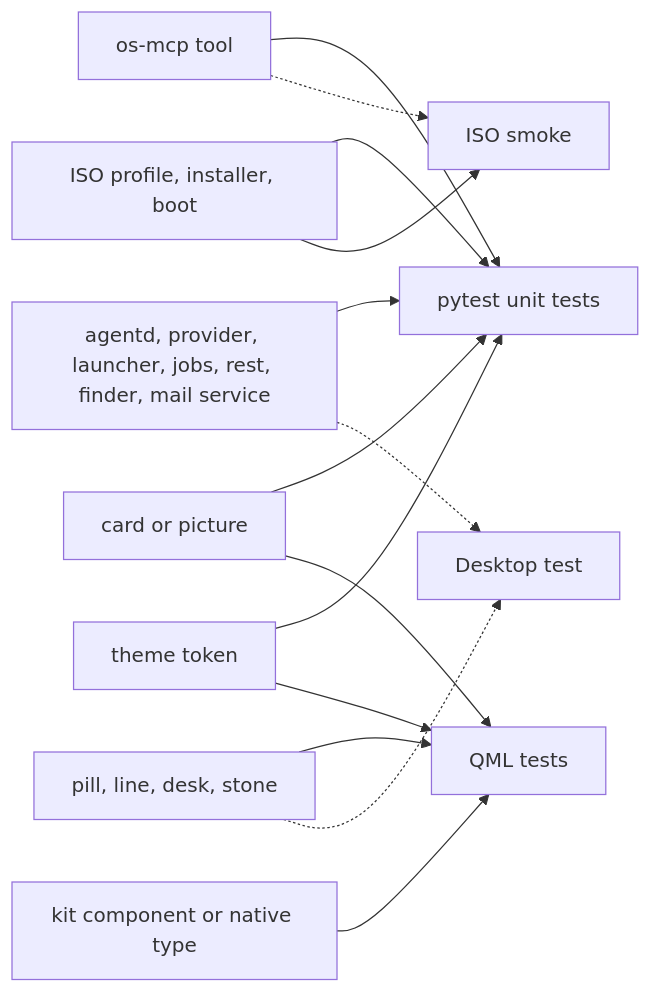
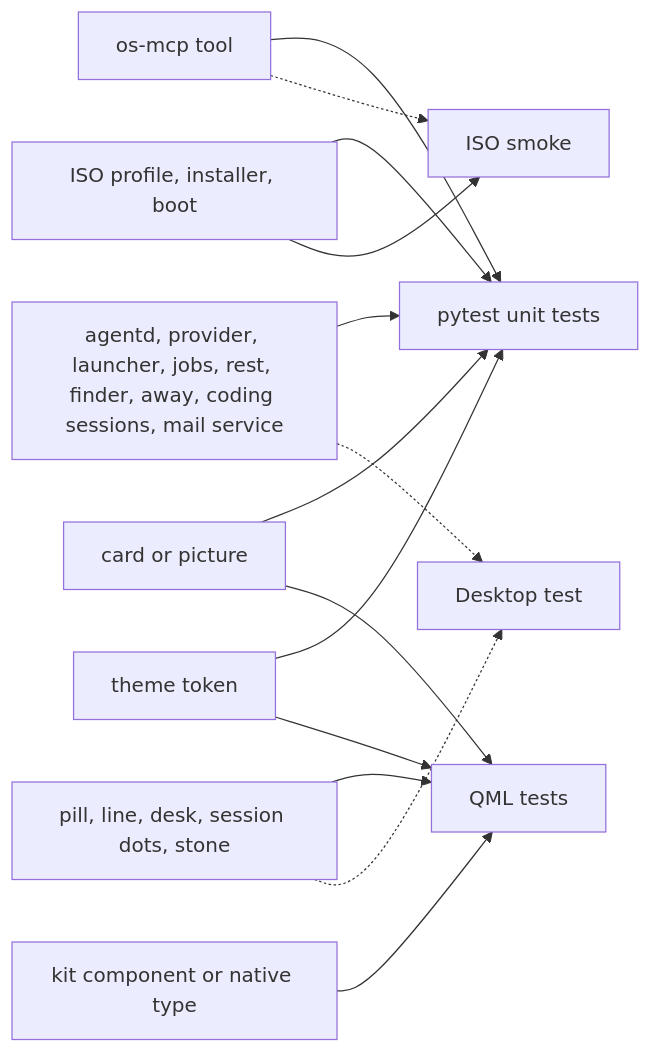
Before and after one commit to thedefaultman/Bombadil: the second of 2 diagrams in docs/contributing/development.md, drawn with Mermaid. The commit also changed other lines of this file and 8 other files, not shown here.

First line of the commit message:
docs: reference, tests and forking pages checked against main with the merged work; line references moved; flat sessions page removed

````diff
--- a/docs/contributing/development.md
+++ b/docs/contributing/development.md
@@ -201,16 +204,16 @@
 ```mermaid
 flowchart LR
-    c1["agentd, provider, launcher, jobs, rest, finder, mail service"] --> U["pytest unit tests"]
+    c1["agentd, provider, launcher, jobs, rest, finder, away, coding sessions, mail service"] --> U["pytest unit tests"]
     c2["os-mcp tool"] --> U
     c3["card or picture"] --> U
     c3 --> Q["QML tests"]
     c4["kit component or native type"] --> Q
-    c5["pill, line, desk, stone"] --> Q
+    c5["pill, line, desk, session dots, stone"] --> Q
     c6["theme token"] --> U
     c6 --> Q
     c7["ISO profile, installer, boot"] --> U
     c7 --> S["ISO smoke"]
     c1 -.-> D["Desktop test"]
     c5 -.-> D
     c2 -.-> S
 ```
````
